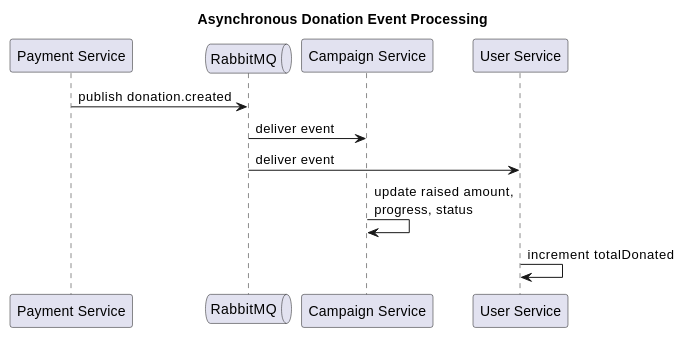
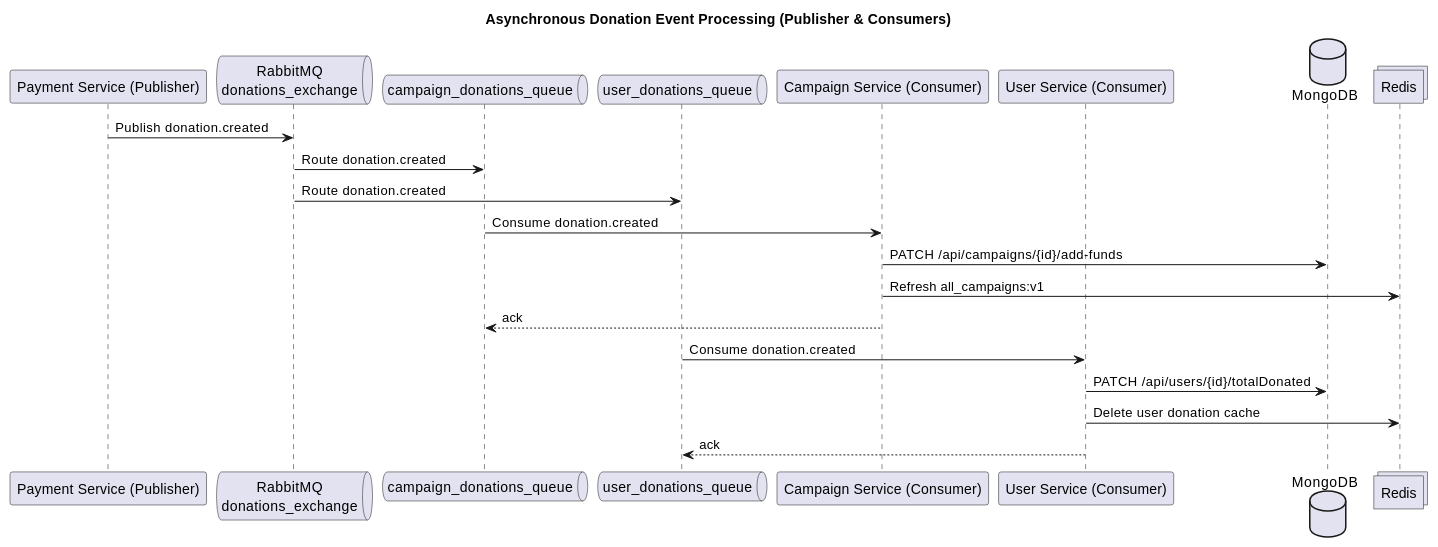
Before and after one commit to bhattacharyaArnab03/CROWD-FUNDING-APPLICATION: the fourth of 6 diagrams in README.md, drawn with PlantUML. The commit also changed other lines of this file and 11 other files, not shown here.

````diff
--- a/README.md
+++ b/README.md
@@ -451,17 +548,29 @@
 ```plantuml
 @startuml
-title Asynchronous Donation Event Processing
+title Asynchronous Donation Event Processing (Publisher & Consumers)
 
-participant "Payment Service" as PS
-queue "RabbitMQ" as MQ
-participant "Campaign Service" as CS
-participant "User Service" as US
+participant "Payment Service (Publisher)" as PS
+queue "RabbitMQ\ndonations_exchange" as MQ
+queue "campaign_donations_queue" as CQ
+queue "user_donations_queue" as UQ
+participant "Campaign Service (Consumer)" as CS
+participant "User Service (Consumer)" as US
+database "MongoDB" as MDB
+collections "Redis" as RD
 
-PS -> MQ : publish donation.created
-MQ -> CS : deliver event
-MQ -> US : deliver event
-CS -> CS : update raised amount,\nprogress, status
-US -> US : increment totalDonated
+PS -> MQ : Publish donation.created
+MQ -> CQ : Route donation.created
+MQ -> UQ : Route donation.created
+
+CQ -> CS : Consume donation.created
+CS -> MDB : PATCH /api/campaigns/{id}/add-funds
+CS -> RD : Refresh all_campaigns:v1
+CS --> CQ : ack
+
+UQ -> US : Consume donation.created
+US -> MDB : PATCH /api/users/{id}/totalDonated
+US -> RD : Delete user donation cache
+US --> UQ : ack
 
 @enduml
 ```
````
